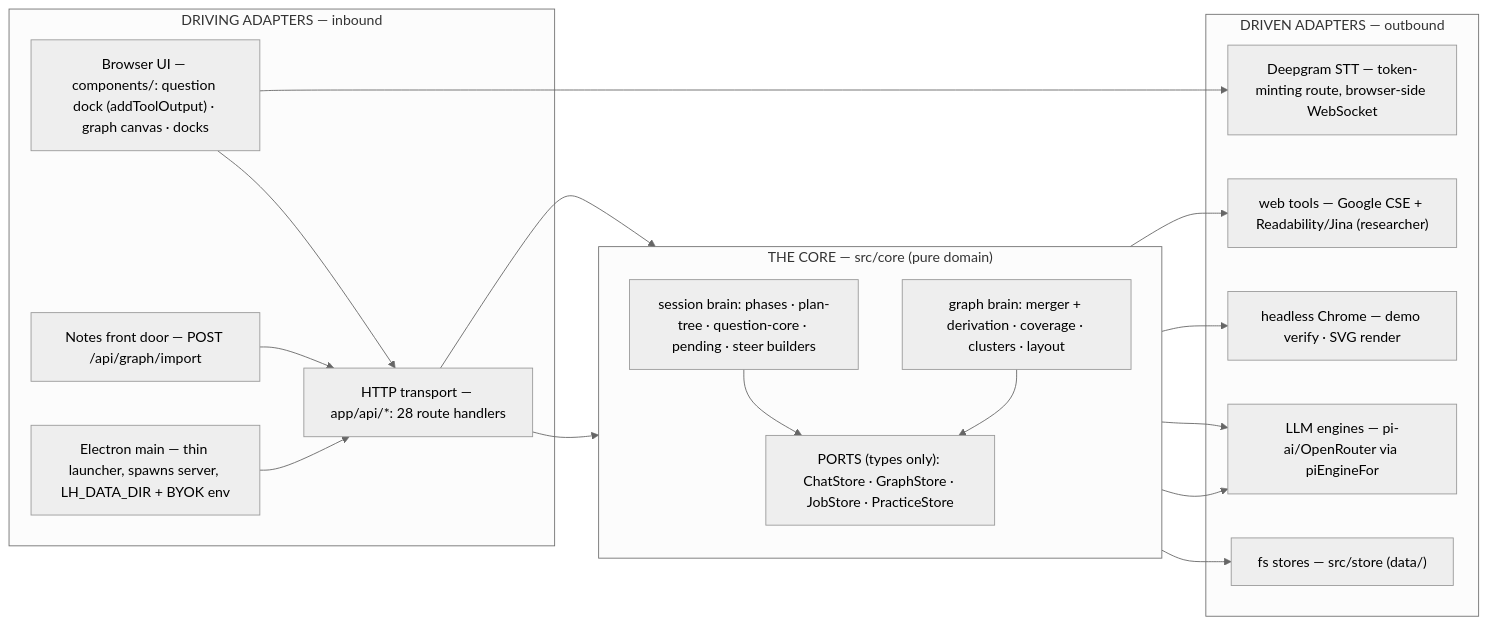
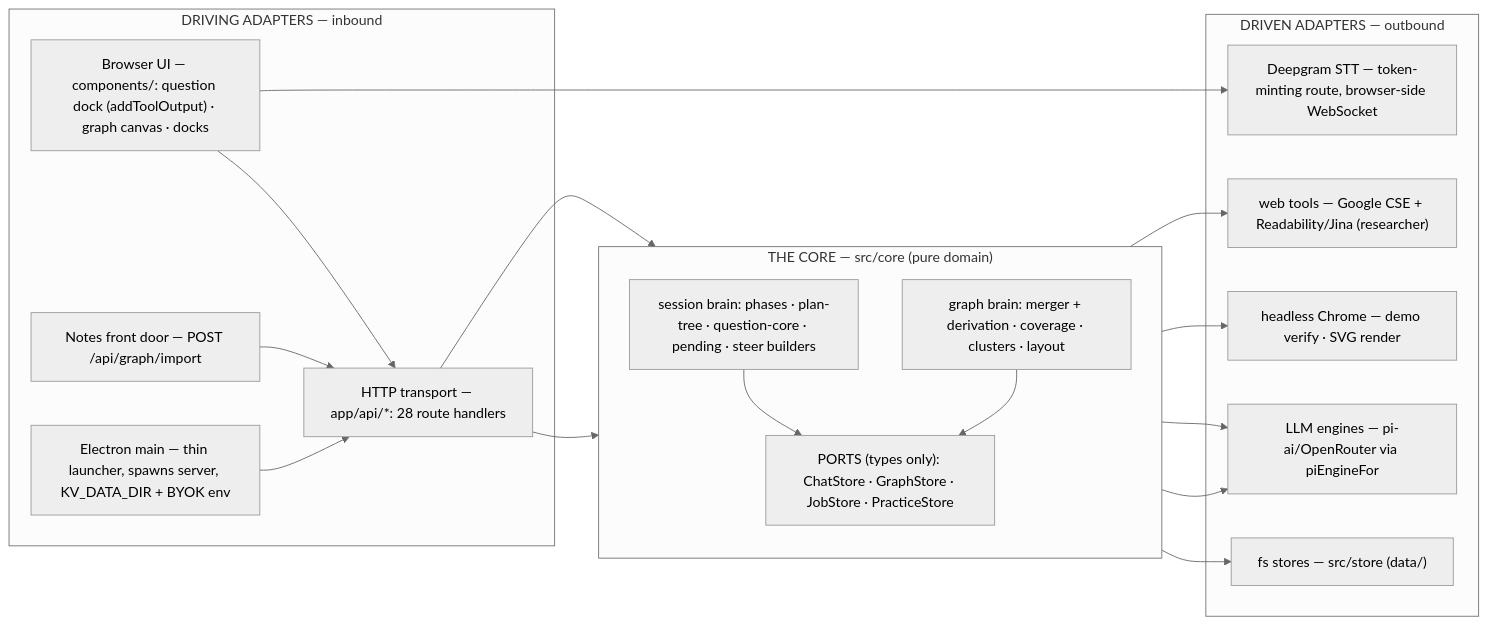
Before and after one commit to Bharambe-NL/kvasir: the second of 7 diagrams in docs/architecture.md, drawn with Mermaid (neutral theme). The commit also changed other lines of this file and 137 other files, not shown here.

````diff
--- a/docs/architecture.md
+++ b/docs/architecture.md
@@ -171,38 +171,38 @@
 ```mermaid
 flowchart LR
     subgraph DRIVING["DRIVING ADAPTERS — inbound"]
         BROWSER["Browser UI — components/: question dock (addToolOutput) · graph canvas · docks"]
         HTTP["HTTP transport — app/api/*: 28 route handlers"]
         NOTES["Notes front door — POST /api/graph/import"]
-        ELEC["Electron main — thin launcher, spawns server, LH_DATA_DIR + BYOK env"]
+        ELEC["Electron main — thin launcher, spawns server, KV_DATA_DIR + BYOK env"]
     end
 
     subgraph HEXCORE["THE CORE — src/core (pure domain)"]
         direction TB
         SESS["session brain: phases · plan-tree · question-core · pending · steer builders"]
         GBRAIN["graph brain: merger + derivation · coverage · clusters · layout"]
         PORTSBOX["PORTS (types only): ChatStore · GraphStore · JobStore · PracticeStore"]
     end
 
     subgraph DRIVEN["DRIVEN ADAPTERS — outbound"]
         FS["fs stores — src/store (data/)"]
         LLM["LLM engines — pi-ai/OpenRouter via piEngineFor"]
         HEAD["headless Chrome — demo verify · SVG render"]
         DEEP["Deepgram STT — token-minting route, browser-side WebSocket"]
         WEB["web tools — Google CSE + Readability/Jina (researcher)"]
     end
 
     BROWSER --> HTTP
     NOTES --> HTTP
     ELEC --> HTTP
     HTTP --> SESS
     HTTP --> GBRAIN
     SESS --> PORTSBOX
     GBRAIN --> PORTSBOX
     PORTSBOX --> FS
     SESS --> LLM
     GBRAIN --> LLM
     SESS --> HEAD
     SESS --> WEB
     BROWSER --> DEEP
 ```
````
